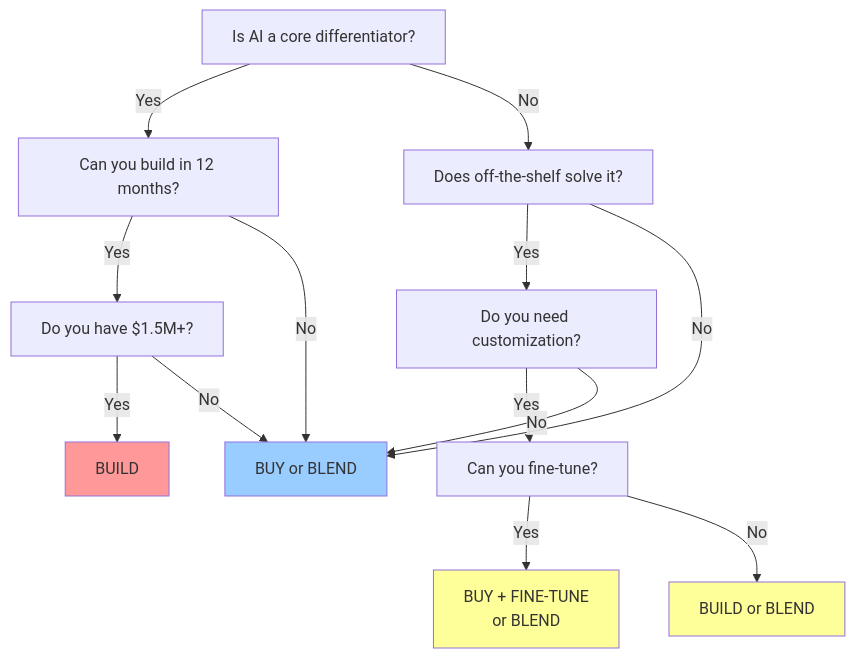
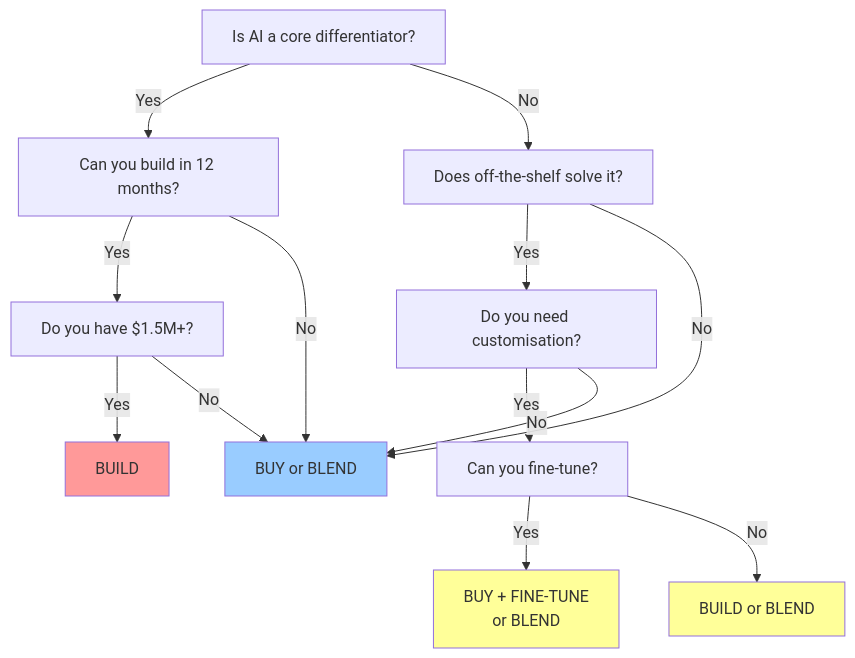
The third of 4 diagrams in site/src/content/modules/module-3/02-assessing-viability.md (yimingwei-pv/AI-PM-Bootcamp), drawn with Mermaid before and after one commit. The commit also changed other lines of this file and 11 other files, not shown here.

````diff
--- a/site/src/content/modules/module-3/02-assessing-viability.md
+++ b/site/src/content/modules/module-3/02-assessing-viability.md
@@ -435,20 +435,20 @@
 ```mermaid
 graph TD
     A["Is AI a core differentiator?"] -->|Yes| B["Can you build in 12 months?"]
     A -->|No| C["Does off-the-shelf solve it?"]
     B -->|Yes| D["Do you have $1.5M+?"]
     B -->|No| E["BUY or BLEND"]
     D -->|Yes| F["BUILD"]
     D -->|No| E
-    C -->|Yes| G["Do you need customization?"]
+    C -->|Yes| G["Do you need customisation?"]
     C -->|No| E
     G -->|Yes| I["Can you fine-tune?"]
     G -->|No| E
     I -->|Yes| J["BUY + FINE-TUNE<br/>or BLEND"]
     I -->|No| H["BUILD or BLEND"]
 
     style F fill:#ff9999
     style E fill:#99ccff
     style H fill:#ffff99
     style J fill:#ffff99
 ```
````
